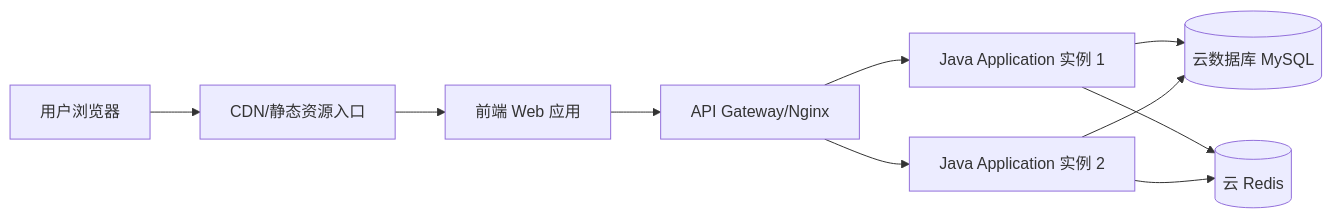
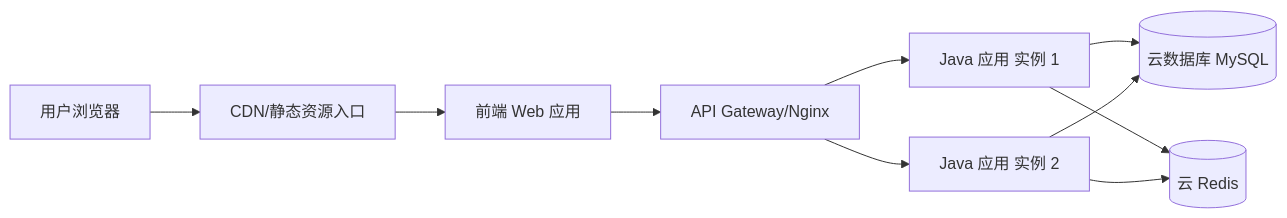
Before and after one commit to garry-wjl/garry-skills: the diagram in skills/design-technical-solution/references/deployment-architecture-experience.md, drawn with Mermaid. The commit also changed other lines of this file and 11 other files, not shown here.

````diff
--- a/skills/design-technical-solution/references/deployment-architecture-experience.md
+++ b/skills/design-technical-solution/references/deployment-architecture-experience.md
@@ -35,12 +35,12 @@
 ```mermaid
 flowchart LR
     User[用户浏览器] --> CDN[CDN/静态资源入口]
     CDN --> Web[前端 Web 应用]
     Web --> Gateway[API Gateway/Nginx]
-    Gateway --> App1[Java Application 实例 1]
-    Gateway --> App2[Java Application 实例 2]
+    Gateway --> App1[Java 应用 实例 1]
+    Gateway --> App2[Java 应用 实例 2]
     App1 --> CloudDB[(云数据库 MySQL)]
     App1 --> CloudRedis[(云 Redis)]
     App2 --> CloudDB
     App2 --> CloudRedis
 ```
````
